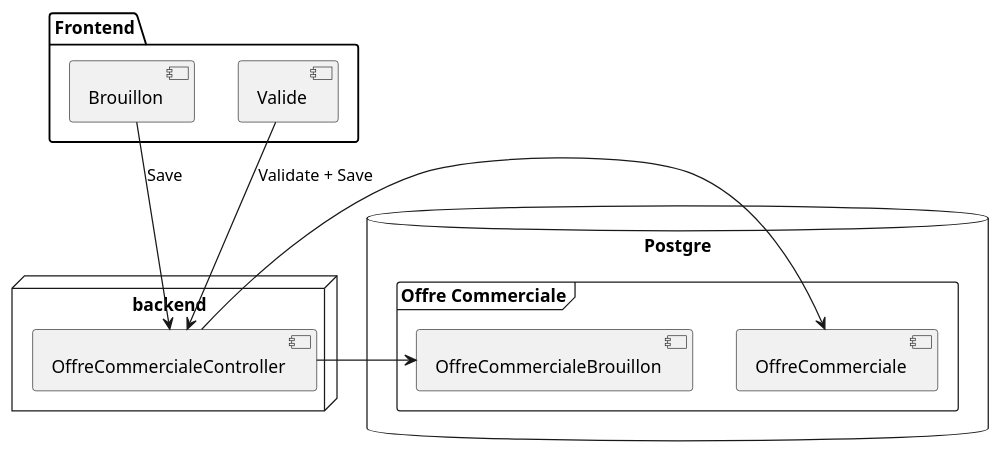
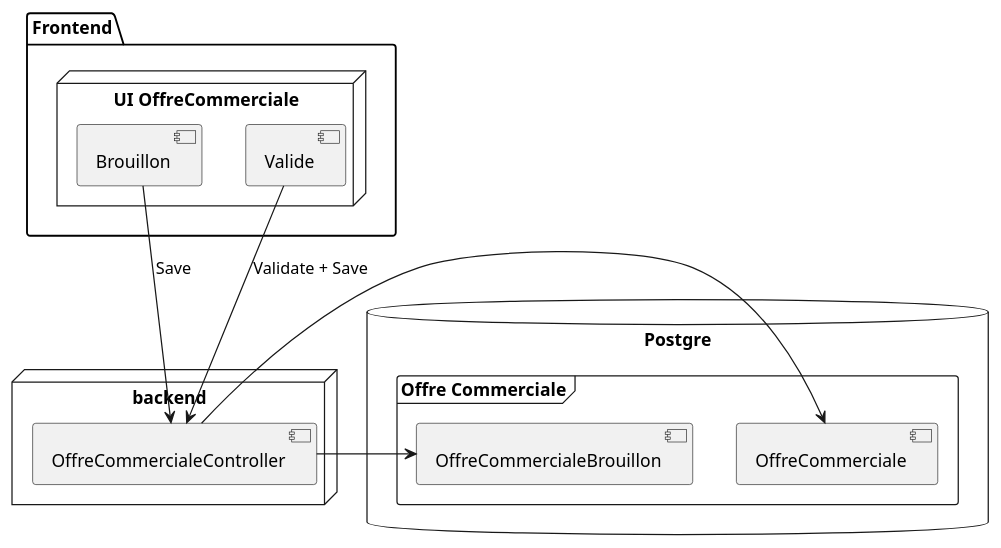
The diagram in Diagrams/SaveAndDraft.puml (takethispie/FluxorTest), drawn with PlantUML before and after one commit. The commit also changed 10 other files, not shown here.

```diff
--- a/Diagrams/SaveAndDraft.puml
+++ b/Diagrams/SaveAndDraft.puml
@@ -1,19 +1,21 @@
 @startuml Draft and Save
 package "Frontend" {
-    [Brouillon]
-    [Valide]
+    node "UI OffreCommerciale" {
+        [Brouillon]
+        [Valide]
+    }
 }
 node backend {
     [OffreCommercialeController]
 }
 database Postgre {
     frame "Offre Commerciale" {
         [OffreCommerciale]
         [OffreCommercialeBrouillon]
     }
 }
 [OffreCommercialeController] -> [OffreCommerciale]
 [OffreCommercialeController] -> [OffreCommercialeBrouillon]
 [Brouillon] --> [OffreCommercialeController] : Save
 [Valide] --> [OffreCommercialeController] : Validate + Save
 @enduml
```
